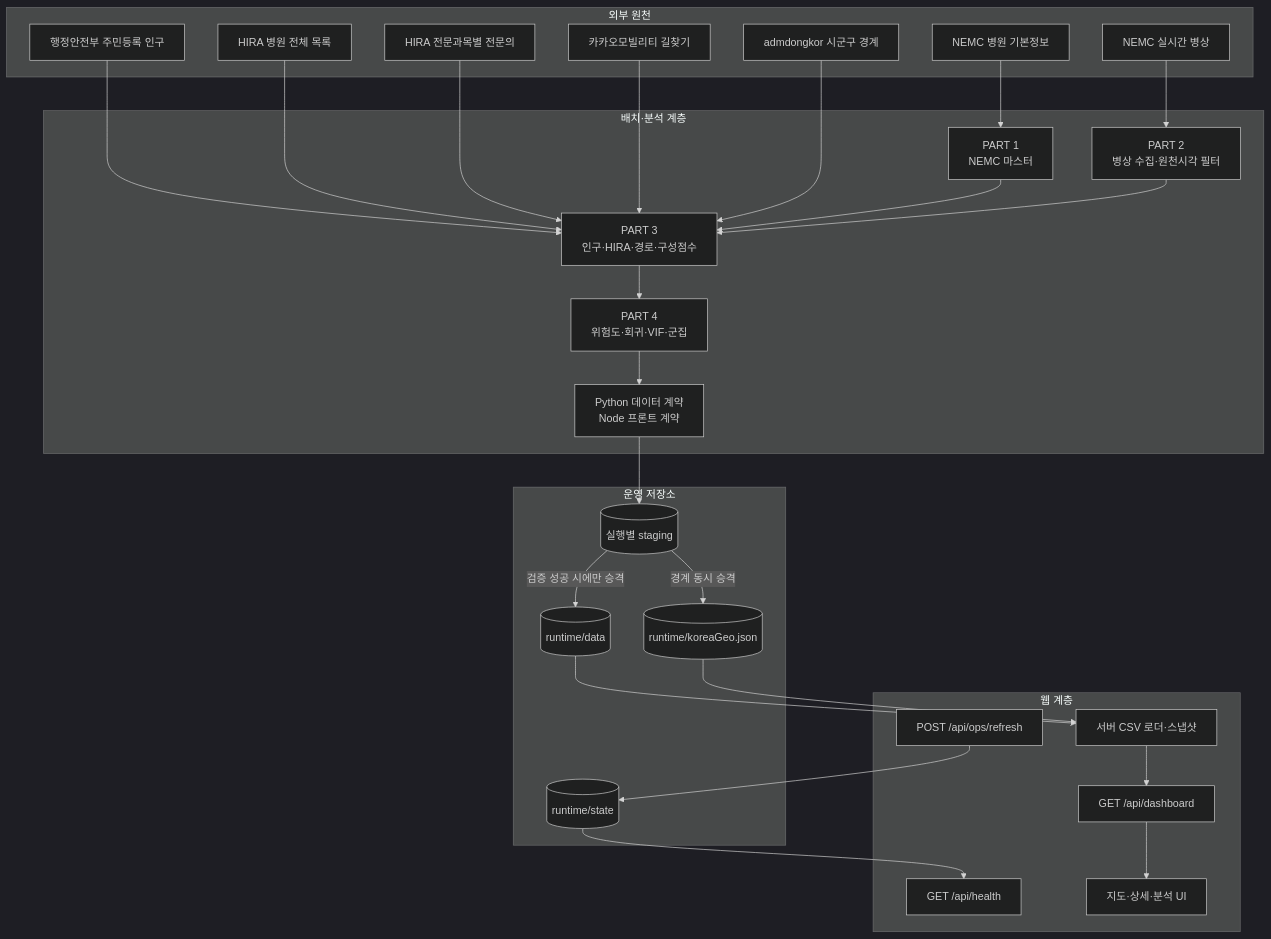
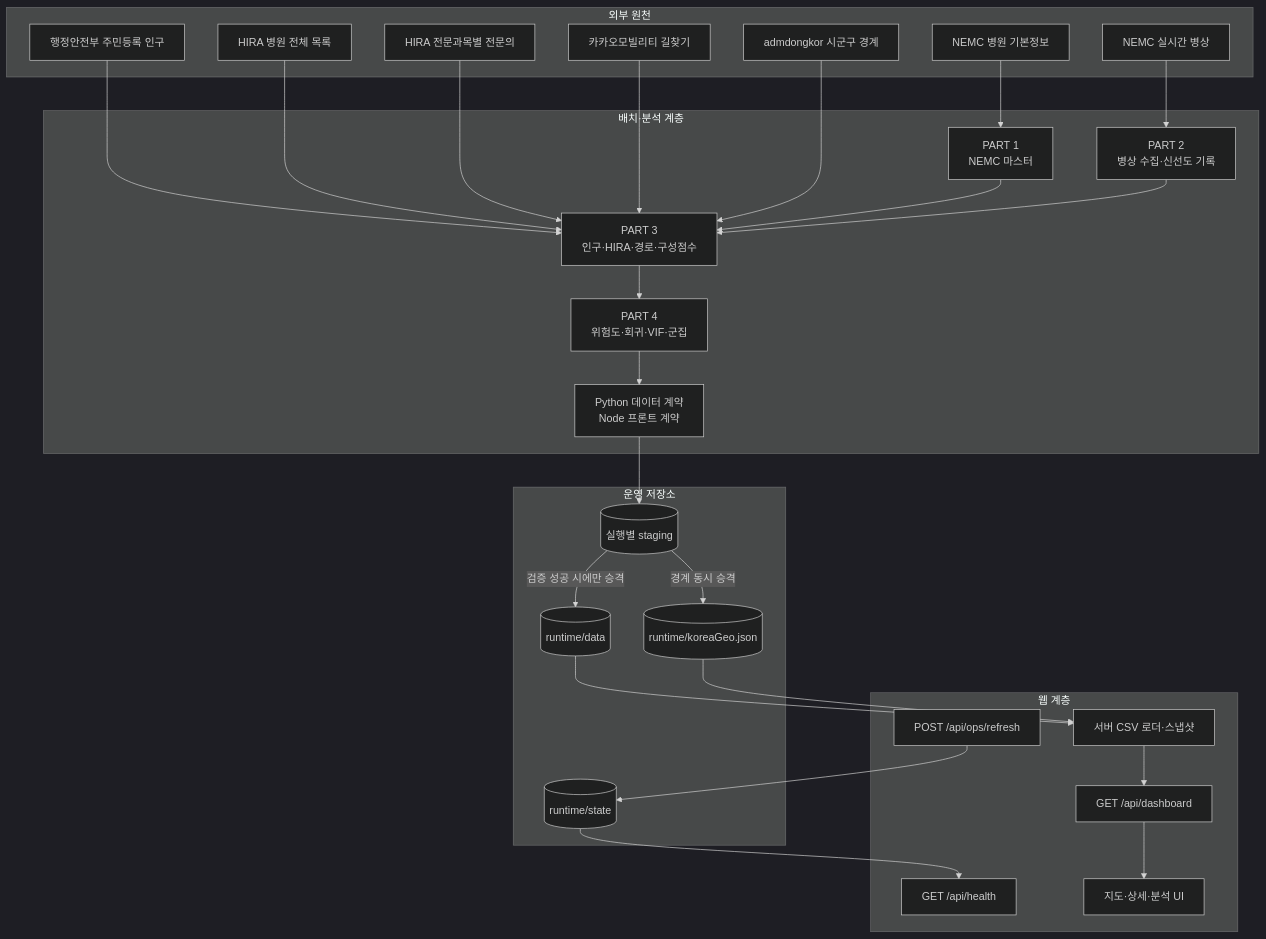
Before and after one commit to Westyoon/embulance_score: the first of 4 diagrams in ARCHITECTURE.md, drawn with Mermaid (dark theme). The commit also changed other lines of this file and 28 other files, not shown here.

````diff
--- a/ARCHITECTURE.md
+++ b/ARCHITECTURE.md
@@ -16,46 +16,46 @@
 ```mermaid
 flowchart TB
     subgraph External[외부 원천]
         N1[NEMC 병원 기본정보]
         N2[NEMC 실시간 병상]
         M[행정안전부 주민등록 인구]
         H1[HIRA 병원 전체 목록]
         H2[HIRA 전문과목별 전문의]
         K[카카오모빌리티 길찾기]
         G[admdongkor 시군구 경계]
     end
 
     subgraph Batch[배치·분석 계층]
         P1[PART 1<br/>NEMC 마스터]
-        P2[PART 2<br/>병상 수집·원천시각 필터]
+        P2[PART 2<br/>병상 수집·신선도 기록]
         P3[PART 3<br/>인구·HIRA·경로·구성점수]
         P4[PART 4<br/>위험도·회귀·VIF·군집]
         C[Python 데이터 계약<br/>Node 프론트 계약]
     end
 
     subgraph Storage[운영 저장소]
         STAGE[(실행별 staging)]
         LIVE[(runtime/data)]
         BOUNDARY[(runtime/koreaGeo.json)]
         STATE[(runtime/state)]
     end
 
     subgraph Web[웹 계층]
         LOADER[서버 CSV 로더·스냅샷]
         DASH[GET /api/dashboard]
         HEALTH[GET /api/health]
         OPS[POST /api/ops/refresh]
         REACT[지도·상세·분석 UI]
     end
 
     N1 --> P1
     N2 --> P2
     M & H1 & H2 & K & G --> P3
     P1 & P2 --> P3 --> P4 --> C
     C --> STAGE
     STAGE -->|검증 성공 시에만 승격| LIVE
     STAGE -->|경계 동시 승격| BOUNDARY
     LIVE & BOUNDARY --> LOADER --> DASH --> REACT
     STATE --> HEALTH
     OPS --> STATE
 ```
````
